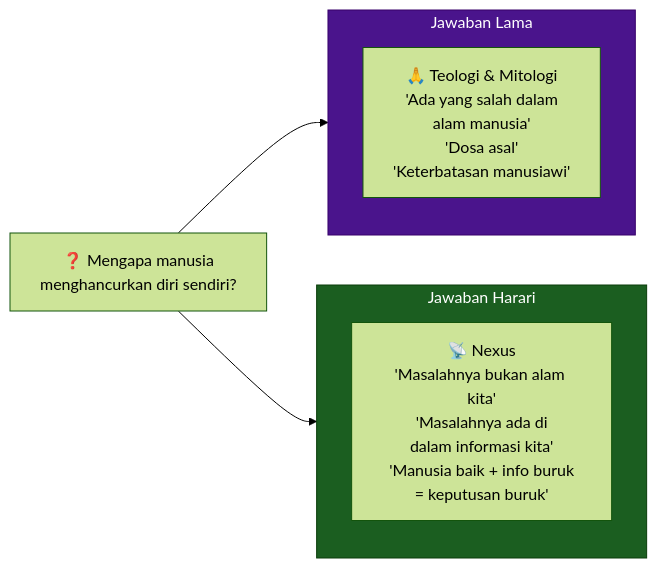
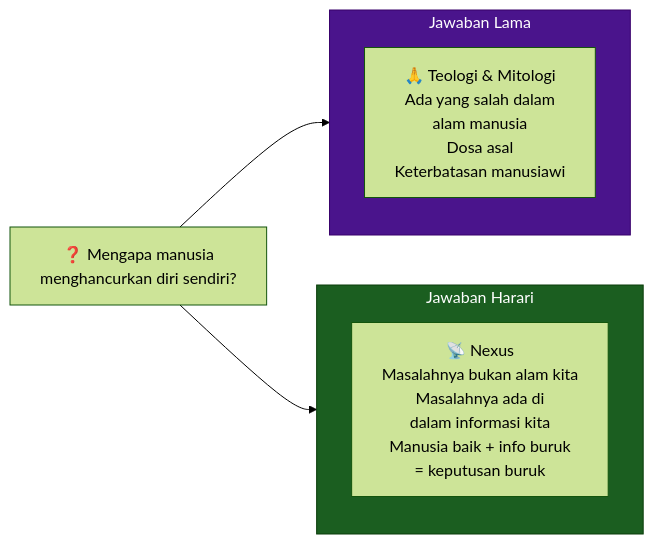
The first of 11 diagrams in src/content/writing/harari-mengapa-masyarakat-maju-jatuh-dalam-delusi-massal.mdx (dwirx/BangunAI-Blog), drawn with Mermaid (forest theme) before and after one commit. The commit also changed other lines of this file, not shown here.

Commit message:
Fix: hapus escaped quotes dan single quotes di dalam label Mermaid

````diff
--- a/src/content/writing/harari-mengapa-masyarakat-maju-jatuh-dalam-delusi-massal.mdx
+++ b/src/content/writing/harari-mengapa-masyarakat-maju-jatuh-dalam-delusi-massal.mdx
@@ -50,16 +50,16 @@
 ```mermaid
 graph LR
     subgraph JawabanLama["Jawaban Lama"]
-        A1["🙏 Teologi & Mitologi<br/>'Ada yang salah dalam<br/>alam manusia'<br/>'Dosa asal'<br/>'Keterbatasan manusiawi'"]
+        A1["🙏 Teologi & Mitologi<br/>Ada yang salah dalam<br/>alam manusia<br/>Dosa asal<br/>Keterbatasan manusiawi"]
     end
     
     subgraph JawabanHarari["Jawaban Harari"]
-        A2["📡 Nexus<br/>'Masalahnya bukan alam kita'<br/>'Masalahnya ada di<br/>dalam informasi kita'<br/>'Manusia baik + info buruk<br/>= keputusan buruk'"]
+        A2["📡 Nexus<br/>Masalahnya bukan alam kita<br/>Masalahnya ada di<br/>dalam informasi kita<br/>Manusia baik + info buruk<br/>= keputusan buruk"]
     end
     
     Q["❓ Mengapa manusia<br/>menghancurkan diri sendiri?"] --> JawabanLama
     Q --> JawabanHarari
     
     style JawabanHarari fill:#1b5e20,stroke:#0a3d0a,color:#fff
     style JawabanLama fill:#4a148c,stroke:#38006b,color:#fff
 ```
````
